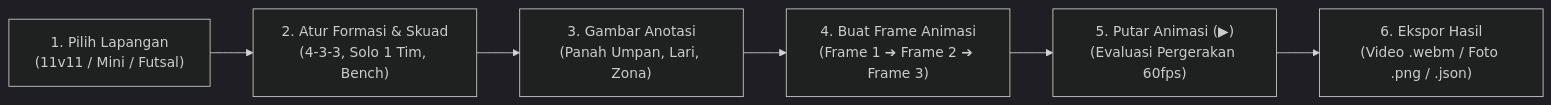
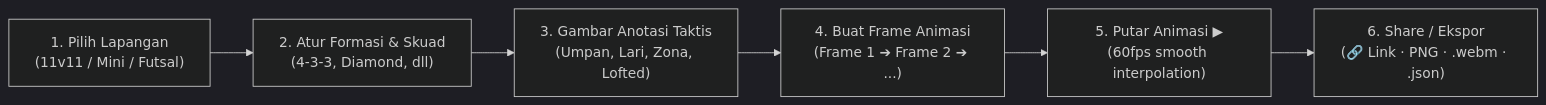
The diagram in README.md (hidayat05/bola-bundar), drawn with Mermaid (dark theme) before and after one commit. The commit also changed other lines of this file and 28 other files, not shown here.

````diff
--- a/README.md
+++ b/README.md
@@ -138,8 +35,8 @@
 ```mermaid
 flowchart LR
-    A["1. Pilih Lapangan<br/>(11v11 / Mini / Futsal)"] --> B["2. Atur Formasi & Skuad<br/>(4-3-3, Solo 1 Tim, Bench)"]
-    B --> C["3. Gambar Anotasi<br/>(Panah Umpan, Lari, Zona)"]
-    C --> D["4. Buat Frame Animasi<br/>(Frame 1 ➔ Frame 2 ➔ Frame 3)"]
-    D --> E["5. Putar Animasi (▶)<br/>(Evaluasi Pergerakan 60fps)"]
-    E --> F["6. Ekspor Hasil<br/>(Video .webm / Foto .png / .json)"]
+    A["1. Pilih Lapangan<br/>(11v11 / Mini / Futsal)"] --> B["2. Atur Formasi & Skuad<br/>(4-3-3, Diamond, dll)"]
+    B --> C["3. Gambar Anotasi Taktis<br/>(Umpan, Lari, Zona, Lofted)"]
+    C --> D["4. Buat Frame Animasi<br/>(Frame 1 ➔ Frame 2 ➔ ...)"]
+    D --> E["5. Putar Animasi ▶<br/>(60fps smooth interpolation)"]
+    E --> F["6. Share / Ekspor<br/>(🔗 Link · PNG · .webm · .json)"]
 ```
````
